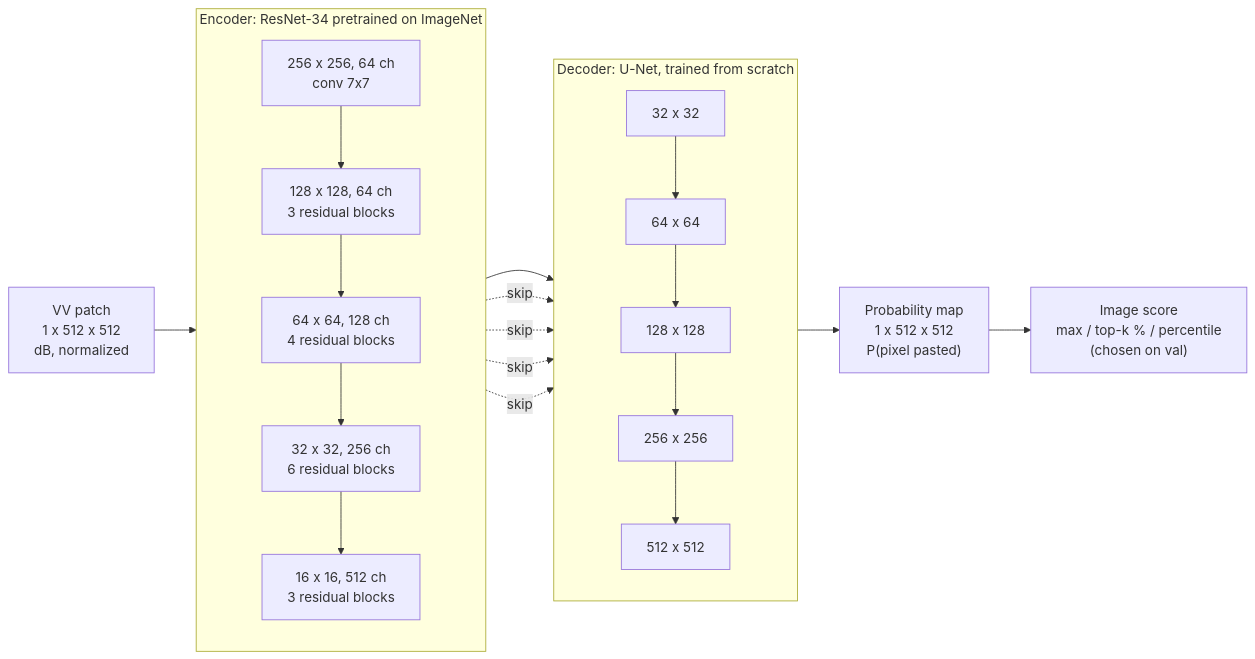
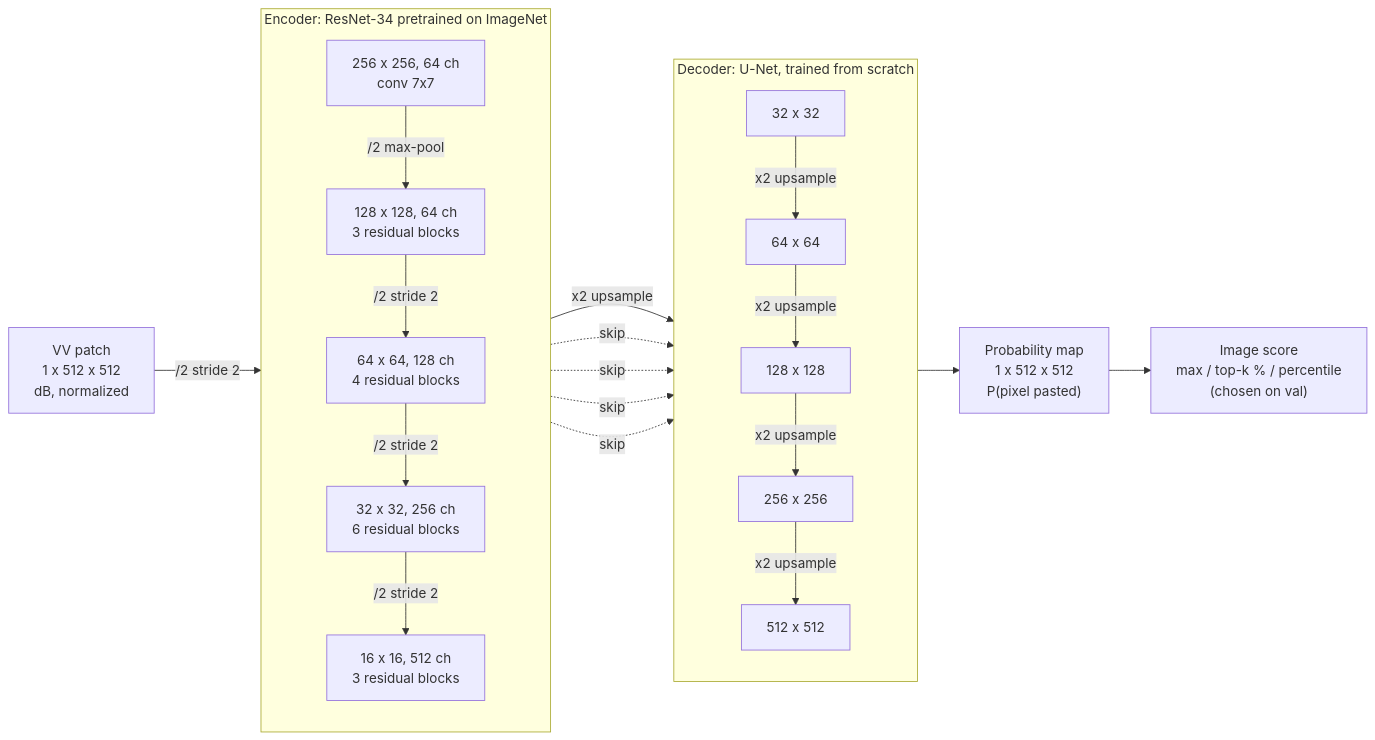
The third of 6 diagrams in docs/architecture_v0.1.md (bonlieuguillaume/aletheia), drawn with Mermaid before and after one commit. The commit also changed other lines of this file, not shown here.

````diff
--- a/docs/architecture_v0.1.md
+++ b/docs/architecture_v0.1.md
@@ -83,22 +83,22 @@
 ```mermaid
 flowchart LR
-    IN["VV patch<br/>1 x 512 x 512<br/>dB, normalized"] --> E1
+    IN["VV patch<br/>1 x 512 x 512<br/>dB, normalized"] -- "/2 stride 2" --> E1
 
     subgraph ENC["Encoder: ResNet-34 pretrained on ImageNet"]
         direction TB
-        E1["256 x 256, 64 ch<br/>conv 7x7"] --> E2["128 x 128, 64 ch<br/>3 residual blocks"] --> E3["64 x 64, 128 ch<br/>4 residual blocks"] --> E4["32 x 32, 256 ch<br/>6 residual blocks"] --> E5["16 x 16, 512 ch<br/>3 residual blocks"]
+        E1["256 x 256, 64 ch<br/>conv 7x7"] -- "/2 max-pool" --> E2["128 x 128, 64 ch<br/>3 residual blocks"] -- "/2 stride 2" --> E3["64 x 64, 128 ch<br/>4 residual blocks"] -- "/2 stride 2" --> E4["32 x 32, 256 ch<br/>6 residual blocks"] -- "/2 stride 2" --> E5["16 x 16, 512 ch<br/>3 residual blocks"]
     end
 
     subgraph DEC["Decoder: U-Net, trained from scratch"]
         direction TB
-        D5["32 x 32"] --> D4["64 x 64"] --> D3["128 x 128"] --> D2["256 x 256"] --> D1["512 x 512"]
+        D5["32 x 32"] -- "x2 upsample" --> D4["64 x 64"] -- "x2 upsample" --> D3["128 x 128"] -- "x2 upsample" --> D2["256 x 256"] -- "x2 upsample" --> D1["512 x 512"]
     end
 
-    E5 --> D5
+    E5 -- "x2 upsample" --> D5
     E4 -. skip .-> D5
     E3 -. skip .-> D4
     E2 -. skip .-> D3
     E1 -. skip .-> D2
     D1 --> OUT["Probability map<br/>1 x 512 x 512<br/>P(pixel pasted)"]
     OUT --> SCORE["Image score<br/>max / top-k % / percentile<br/>(chosen on val)"]
 ```
````
